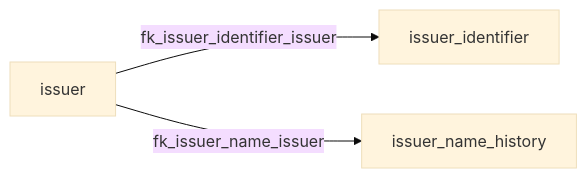
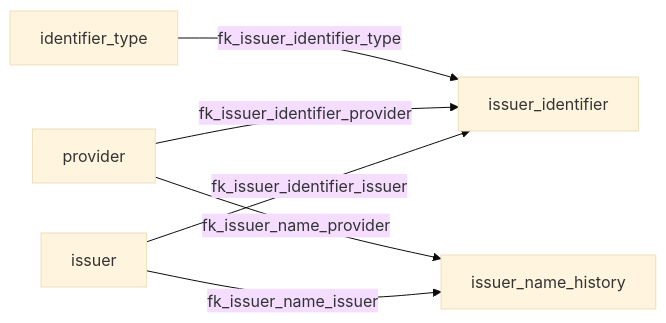
One commit to cmhettinger/empire changed the diagram in docs/db/stonks/generated/erd-groups/issuer-identity-relations.md. Above: the diagram before and after it, drawn with Mermaid (base theme). The commit also changed 79 other files, not shown here.

````diff
--- a/docs/db/stonks/generated/erd-groups/issuer-identity-relations.md
+++ b/docs/db/stonks/generated/erd-groups/issuer-identity-relations.md
@@ -1,9 +1,14 @@
 ```mermaid
 flowchart LR
+  identifier_type["identifier_type"]
   issuer["issuer"]
   issuer_identifier["issuer_identifier"]
   issuer_name_history["issuer_name_history"]
+  provider["provider"]
 
   issuer -->|fk_issuer_identifier_issuer| issuer_identifier
+  provider -->|fk_issuer_identifier_provider| issuer_identifier
+  identifier_type -->|fk_issuer_identifier_type| issuer_identifier
   issuer -->|fk_issuer_name_issuer| issuer_name_history
+  provider -->|fk_issuer_name_provider| issuer_name_history
 ```
````
